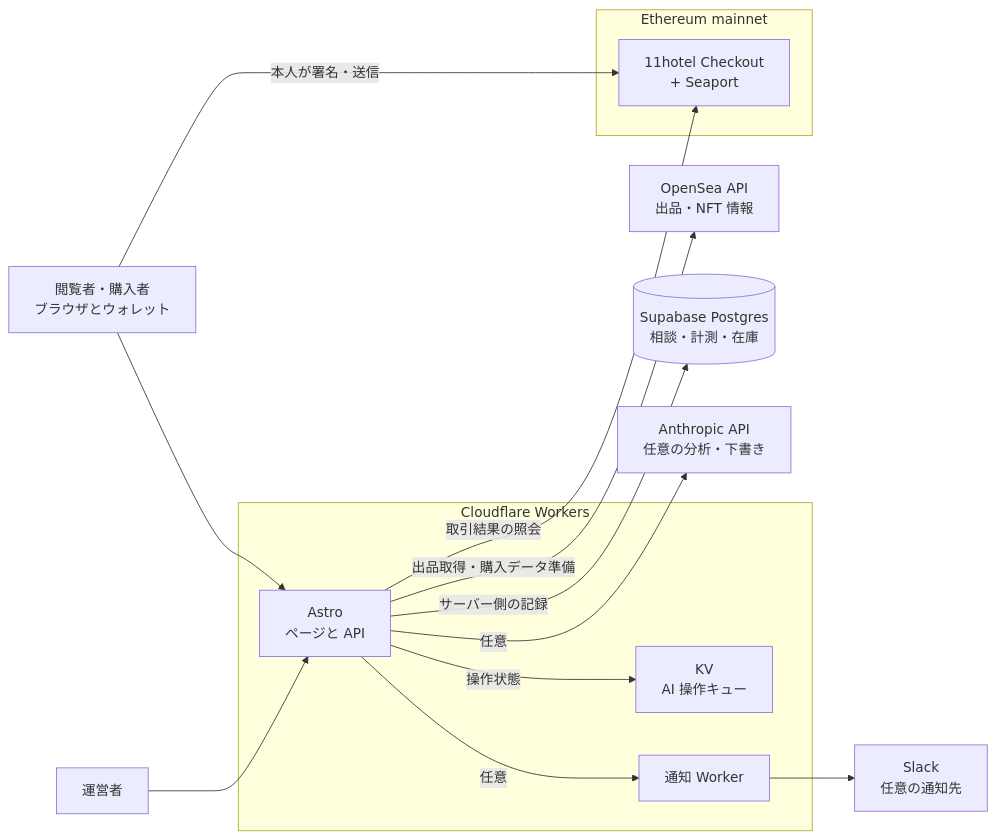
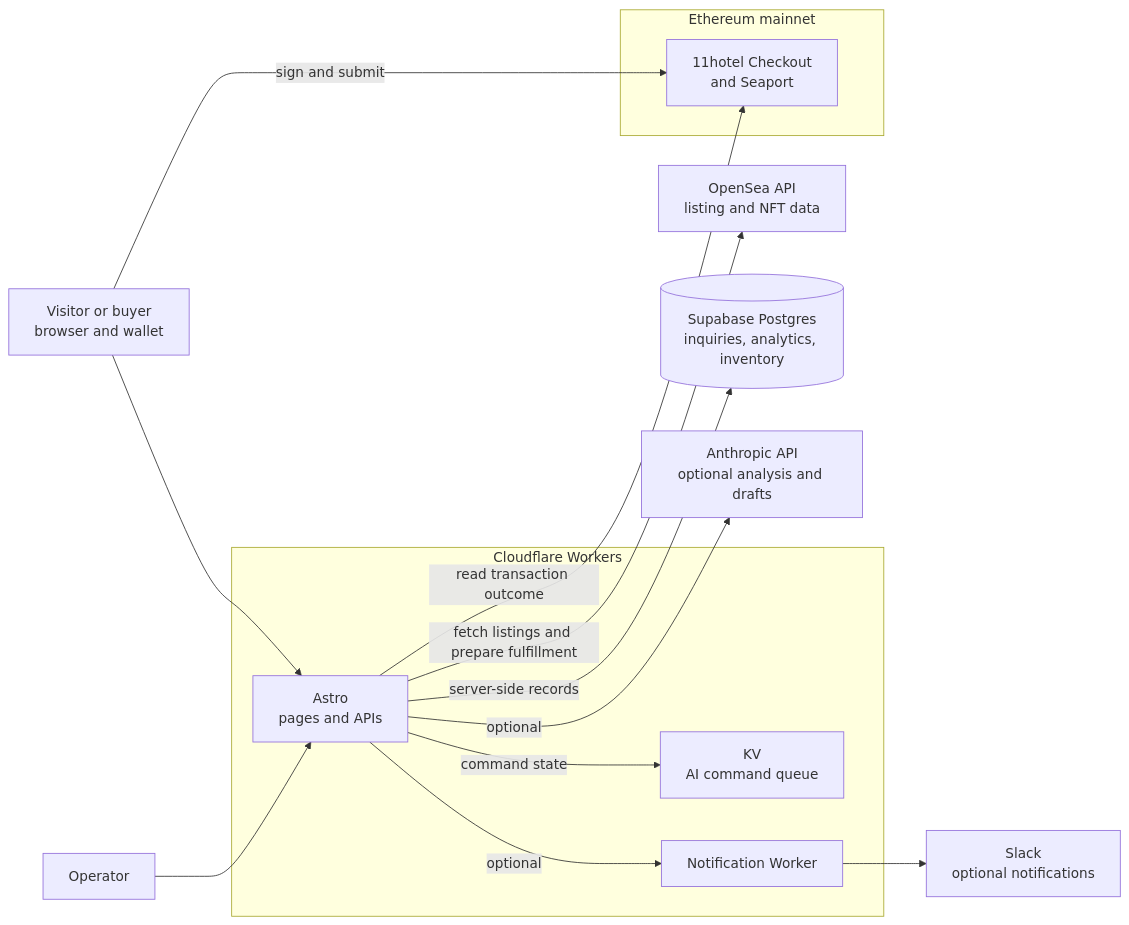
One commit to k999ln/11hotel changed the first of 3 diagrams in README.md. Above: the diagram before and after it, drawn with Mermaid. The commit also changed other lines of this file, not shown here.

````diff
--- a/README.md
+++ b/README.md
@@ -70,27 +70,27 @@
 ```mermaid
 flowchart LR
-    Visitor["閲覧者・購入者<br/>ブラウザとウォレット"]
-    Admin["運営者"]
+    Visitor["Visitor or buyer<br/>browser and wallet"]
+    Admin["Operator"]
     subgraph Cloudflare["Cloudflare Workers"]
-        App["Astro<br/>ページと API"]
-        KV["KV<br/>AI 操作キュー"]
-        Notify["通知 Worker"]
+        App["Astro<br/>pages and APIs"]
+        KV["KV<br/>AI command queue"]
+        Notify["Notification Worker"]
     end
-    OpenSea["OpenSea API<br/>出品・NFT 情報"]
-    DB[("Supabase Postgres<br/>相談・計測・在庫")]
-    AI["Anthropic API<br/>任意の分析・下書き"]
-    Slack["Slack<br/>任意の通知先"]
+    OpenSea["OpenSea API<br/>listing and NFT data"]
+    DB[("Supabase Postgres<br/>inquiries, analytics, inventory")]
+    AI["Anthropic API<br/>optional analysis and drafts"]
+    Slack["Slack<br/>optional notifications"]
     subgraph Ethereum["Ethereum mainnet"]
-        Checkout["11hotel Checkout<br/>+ Seaport"]
+        Checkout["11hotel Checkout<br/>and Seaport"]
     end
 
     Visitor --> App
     Admin --> App
-    App -->|出品取得・購入データ準備| OpenSea
-    App -->|サーバー側の記録| DB
-    App -->|操作状態| KV
-    App -->|任意| AI
-    App -->|任意| Notify --> Slack
-    App -->|取引結果の照会| Checkout
-    Visitor -->|本人が署名・送信| Checkout
+    App -->|fetch listings and prepare fulfillment| OpenSea
+    App -->|server-side records| DB
+    App -->|command state| KV
+    App -->|optional| AI
+    App -->|optional| Notify --> Slack
+    App -->|read transaction outcome| Checkout
+    Visitor -->|sign and submit| Checkout
 ```
````
